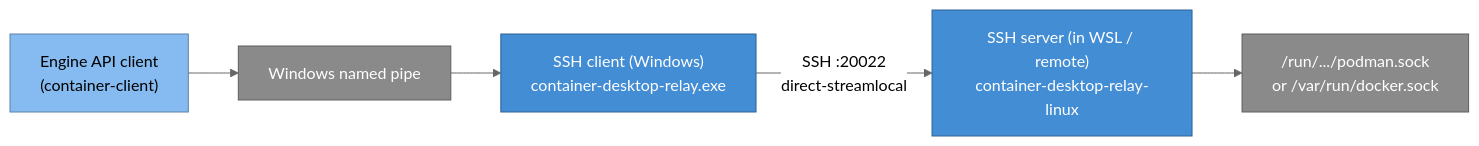
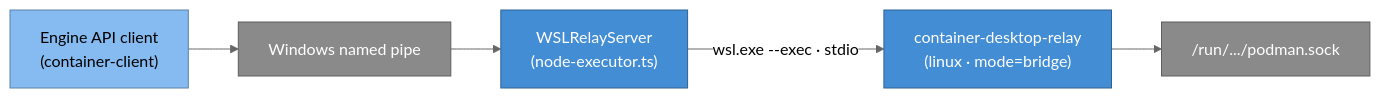
Before and after one commit to iongion/container-desktop: the fifth of 6 diagrams in docs/architecture/connection-startup.md, drawn with Mermaid (neutral theme). The commit also changed other lines of this file and 11 other files, not shown here.

````diff
--- a/docs/architecture/connection-startup.md
+++ b/docs/architecture/connection-startup.md
@@ -172,14 +185,14 @@
 ```mermaid
 flowchart LR
   client["Engine API client<br/>(container-client)"]:::component
   pipe["Windows named pipe"]:::external
-  sshc["SSH client (Windows)<br/>container-desktop-relay.exe"]:::container
-  sshd["SSH server (in WSL / remote)<br/>container-desktop-relay-linux"]:::container
-  sock["/run/.../podman.sock<br/>or /var/run/docker.sock"]:::external
+  server["WSLRelayServer<br/>(node-executor.ts)"]:::container
+  bridge["container-desktop-relay<br/>(linux · mode=bridge)"]:::container
+  sock["/run/.../podman.sock"]:::external
 
-  client --> pipe --> sshc -->|SSH :20022<br/>direct-streamlocal| sshd --> sock
+  client --> pipe --> server -->|wsl.exe --exec · stdio| bridge --> sock
 
   classDef component fill:#85bbf0,color:#000,stroke:#5d82a8;
   classDef container fill:#438dd5,color:#fff,stroke:#2e6295;
   classDef external fill:#8a8a8a,color:#fff,stroke:#5e5e5e;
 ```
````
